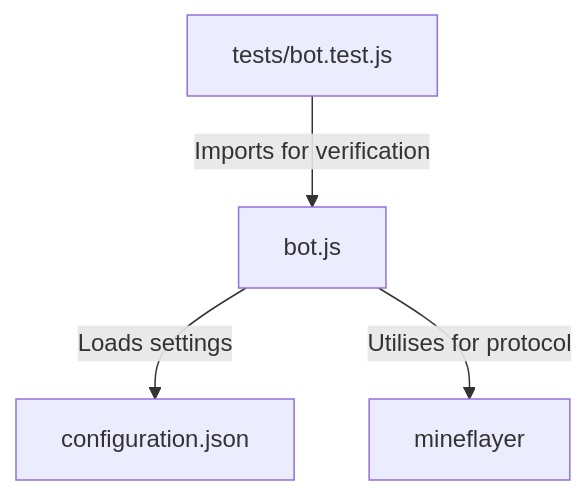
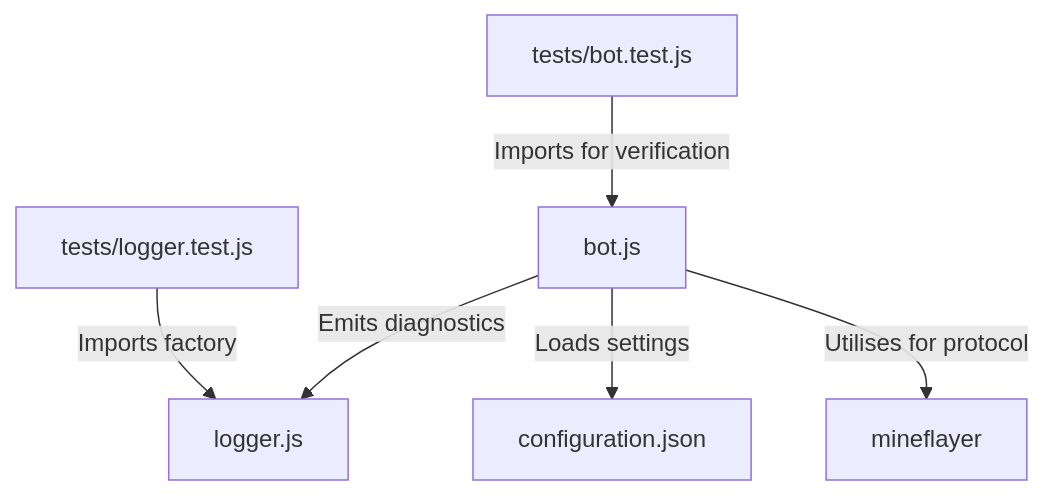
Before and after one commit to hmlendea/minecraft-afk-bot: the seventh of 7 diagrams in ARCHITECTURE.md, drawn with Mermaid. The commit also changed other lines of this file and 5 other files, not shown here.

````diff
--- a/ARCHITECTURE.md
+++ b/ARCHITECTURE.md
@@ -295,6 +329,8 @@
 ```mermaid
 graph TD
     Tests["tests/bot.test.js"] -->|Imports for verification| Main["bot.js"]
+  LoggerTests["tests/logger.test.js"] -->|Imports factory| Logger["logger.js"]
+  Main -->|Emits diagnostics| Logger
     Main -->|Loads settings| Config["configuration.json"]
     Main -->|Utilises for protocol| Mineflayer["mineflayer"]
 ```
````
